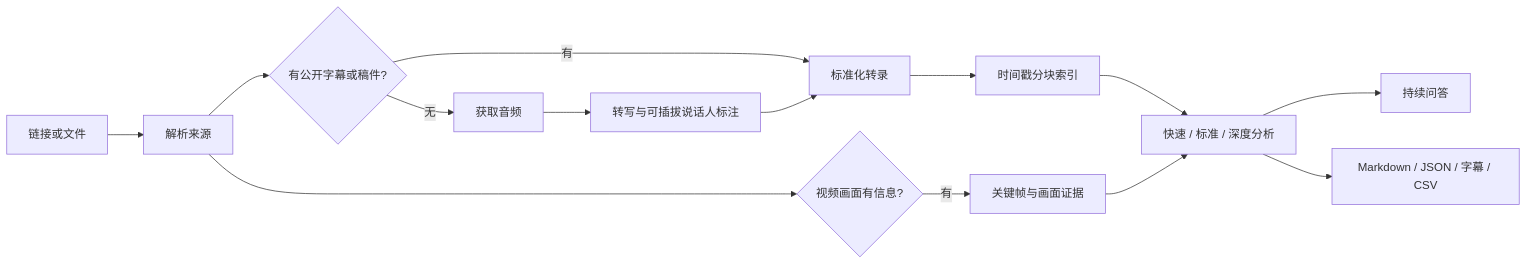
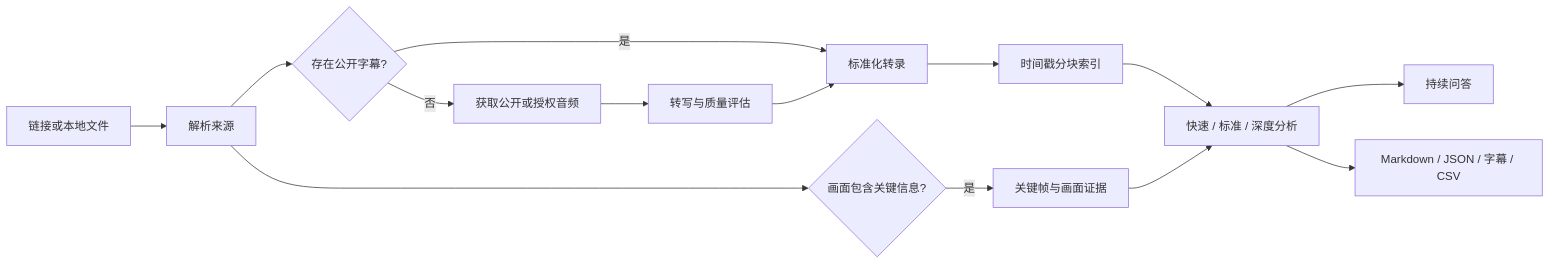
The diagram in README.md (Fangx-AI/podcast-reader), drawn with Mermaid before and after one commit. The commit also changed other lines of this file and 5 other files, not shown here.

````diff
--- a/README.md
+++ b/README.md
@@ -70,16 +128,16 @@
-```mermaid
+~~~mermaid
 flowchart LR
-    A[链接或文件] --> B[解析来源]
-    B --> C{有公开字幕或稿件?}
-    C -->|有| D[标准化转录]
-    C -->|无| E[获取音频]
-    E --> F[转写与可插拔说话人标注]
+    A[链接或本地文件] --> B[解析来源]
+    B --> C{存在公开字幕?}
+    C -->|是| D[标准化转录]
+    C -->|否| E[获取公开或授权音频]
+    E --> F[转写与质量评估]
     F --> D
     D --> G[时间戳分块索引]
     G --> H[快速 / 标准 / 深度分析]
     H --> I[持续问答]
     H --> J[Markdown / JSON / 字幕 / CSV]
-    B --> K{视频画面有信息?}
-    K -->|有| L[关键帧与画面证据]
+    B --> K{画面包含关键信息?}
+    K -->|是| L[关键帧与画面证据]
     L --> H
-```
+~~~
````
